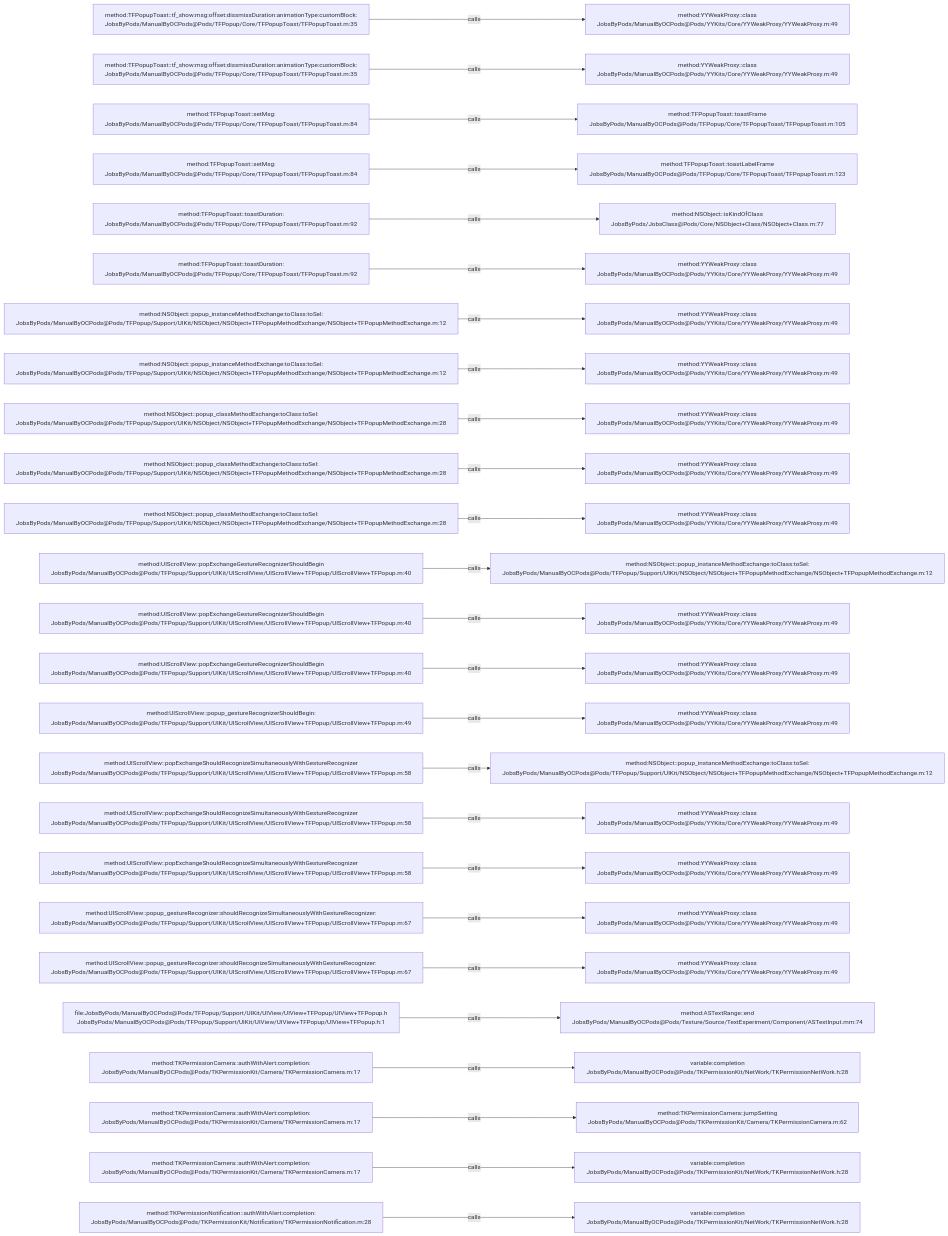
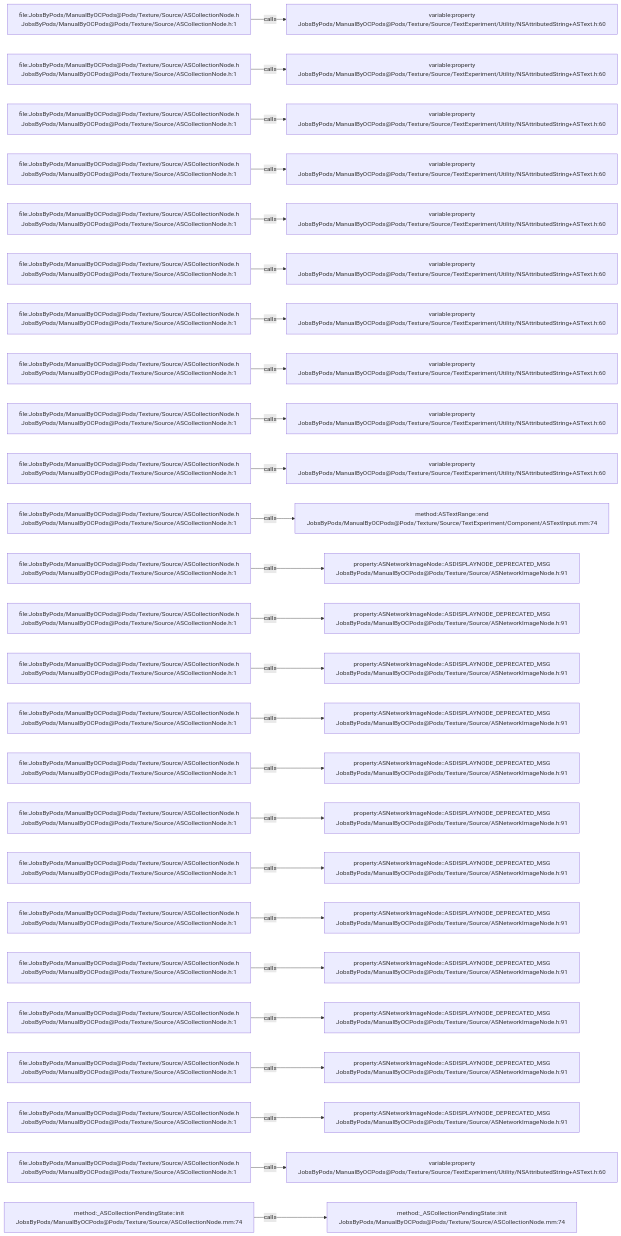
One commit to JobsKits/JobsOCBaseConfigDemo changed the diagram in .codegraph/codegraph.md/graphs/calls-077.md. Above: the diagram before and after it, drawn with Mermaid. The commit also changed 1223 other files, not shown here.

````diff
--- a/.codegraph/codegraph.md/graphs/calls-077.md
+++ b/.codegraph/codegraph.md/graphs/calls-077.md
@@ -13,78 +13,78 @@
 ```mermaid
 flowchart LR
-  S1["method:TFPopupToast::tf_show:msg:offset:dissmissDuration:animationType:customBlock:<br/>JobsByPods/ManualByOCPods@Pods/TFPopup/Core/TFPopupToast/TFPopupToast.m:35"]
-  T1["method:YYWeakProxy::class<br/>JobsByPods/ManualByOCPods@Pods/YYKits/Core/YYWeakProxy/YYWeakProxy.m:49"]
+  S1["file:JobsByPods/ManualByOCPods@Pods/Texture/Source/ASCollectionNode.h<br/>JobsByPods/ManualByOCPods@Pods/Texture/Source/ASCollectionNode.h:1"]
+  T1["variable:property<br/>JobsByPods/ManualByOCPods@Pods/Texture/Source/TextExperiment/Utility/NSAttributedString+ASText.h:60"]
   S1 -->|calls| T1
-  S2["method:TFPopupToast::tf_show:msg:offset:dissmissDuration:animationType:customBlock:<br/>JobsByPods/ManualByOCPods@Pods/TFPopup/Core/TFPopupToast/TFPopupToast.m:35"]
-  T2["method:YYWeakProxy::class<br/>JobsByPods/ManualByOCPods@Pods/YYKits/Core/YYWeakProxy/YYWeakProxy.m:49"]
+  S2["file:JobsByPods/ManualByOCPods@Pods/Texture/Source/ASCollectionNode.h<br/>JobsByPods/ManualByOCPods@Pods/Texture/Source/ASCollectionNode.h:1"]
+  T2["variable:property<br/>JobsByPods/ManualByOCPods@Pods/Texture/Source/TextExperiment/Utility/NSAttributedString+ASText.h:60"]
   S2 -->|calls| T2
-  S3["method:TFPopupToast::setMsg:<br/>JobsByPods/ManualByOCPods@Pods/TFPopup/Core/TFPopupToast/TFPopupToast.m:84"]
-  T3["method:TFPopupToast::toastFrame<br/>JobsByPods/ManualByOCPods@Pods/TFPopup/Core/TFPopupToast/TFPopupToast.m:105"]
+  S3["file:JobsByPods/ManualByOCPods@Pods/Texture/Source/ASCollectionNode.h<br/>JobsByPods/ManualByOCPods@Pods/Texture/Source/ASCollectionNode.h:1"]
+  T3["variable:property<br/>JobsByPods/ManualByOCPods@Pods/Texture/Source/TextExperiment/Utility/NSAttributedString+ASText.h:60"]
   S3 -->|calls| T3
-  S4["method:TFPopupToast::setMsg:<br/>JobsByPods/ManualByOCPods@Pods/TFPopup/Core/TFPopupToast/TFPopupToast.m:84"]
-  T4["method:TFPopupToast::toastLabelFrame<br/>JobsByPods/ManualByOCPods@Pods/TFPopup/Core/TFPopupToast/TFPopupToast.m:123"]
+  S4["file:JobsByPods/ManualByOCPods@Pods/Texture/Source/ASCollectionNode.h<br/>JobsByPods/ManualByOCPods@Pods/Texture/Source/ASCollectionNode.h:1"]
+  T4["variable:property<br/>JobsByPods/ManualByOCPods@Pods/Texture/Source/TextExperiment/Utility/NSAttributedString+ASText.h:60"]
   S4 -->|calls| T4
-  S5["method:TFPopupToast::toastDuration:<br/>JobsByPods/ManualByOCPods@Pods/TFPopup/Core/TFPopupToast/TFPopupToast.m:92"]
-  T5["method:NSObject::isKindOfClass<br/>JobsByPods/JobsClass@Pods/Core/NSObject+Class/NSObject+Class.m:77"]
+  S5["file:JobsByPods/ManualByOCPods@Pods/Texture/Source/ASCollectionNode.h<br/>JobsByPods/ManualByOCPods@Pods/Texture/Source/ASCollectionNode.h:1"]
+  T5["variable:property<br/>JobsByPods/ManualByOCPods@Pods/Texture/Source/TextExperiment/Utility/NSAttributedString+ASText.h:60"]
   S5 -->|calls| T5
-  S6["method:TFPopupToast::toastDuration:<br/>JobsByPods/ManualByOCPods@Pods/TFPopup/Core/TFPopupToast/TFPopupToast.m:92"]
-  T6["method:YYWeakProxy::class<br/>JobsByPods/ManualByOCPods@Pods/YYKits/Core/YYWeakProxy/YYWeakProxy.m:49"]
+  S6["file:JobsByPods/ManualByOCPods@Pods/Texture/Source/ASCollectionNode.h<br/>JobsByPods/ManualByOCPods@Pods/Texture/Source/ASCollectionNode.h:1"]
+  T6["variable:property<br/>JobsByPods/ManualByOCPods@Pods/Texture/Source/TextExperiment/Utility/NSAttributedString+ASText.h:60"]
   S6 -->|calls| T6
-  S7["method:NSObject::popup_instanceMethodExchange:toClass:toSel:<br/>JobsByPods/ManualByOCPods@Pods/TFPopup/Support/UIKit/NSObject/NSObject+TFPopupMethodExchange/NSObject+TFPopupMethodExchange.m:12"]
-  T7["method:YYWeakProxy::class<br/>JobsByPods/ManualByOCPods@Pods/YYKits/Core/YYWeakProxy/YYWeakProxy.m:49"]
+  S7["file:JobsByPods/ManualByOCPods@Pods/Texture/Source/ASCollectionNode.h<br/>JobsByPods/ManualByOCPods@Pods/Texture/Source/ASCollectionNode.h:1"]
+  T7["variable:property<br/>JobsByPods/ManualByOCPods@Pods/Texture/Source/TextExperiment/Utility/NSAttributedString+ASText.h:60"]
   S7 -->|calls| T7
-  S8["method:NSObject::popup_instanceMethodExchange:toClass:toSel:<br/>JobsByPods/ManualByOCPods@Pods/TFPopup/Support/UIKit/NSObject/NSObject+TFPopupMethodExchange/NSObject+TFPopupMethodExchange.m:12"]
-  T8["method:YYWeakProxy::class<br/>JobsByPods/ManualByOCPods@Pods/YYKits/Core/YYWeakProxy/YYWeakProxy.m:49"]
+  S8["file:JobsByPods/ManualByOCPods@Pods/Texture/Source/ASCollectionNode.h<br/>JobsByPods/ManualByOCPods@Pods/Texture/Source/ASCollectionNode.h:1"]
+  T8["variable:property<br/>JobsByPods/ManualByOCPods@Pods/Texture/Source/TextExperiment/Utility/NSAttributedString+ASText.h:60"]
   S8 -->|calls| T8
-  S9["method:NSObject::popup_classMethodExchange:toClass:toSel:<br/>JobsByPods/ManualByOCPods@Pods/TFPopup/Support/UIKit/NSObject/NSObject+TFPopupMethodExchange/NSObject+TFPopupMethodExchange.m:28"]
-  T9["method:YYWeakProxy::class<br/>JobsByPods/ManualByOCPods@Pods/YYKits/Core/YYWeakProxy/YYWeakProxy.m:49"]
+  S9["file:JobsByPods/ManualByOCPods@Pods/Texture/Source/ASCollectionNode.h<br/>JobsByPods/ManualByOCPods@Pods/Texture/Source/ASCollectionNode.h:1"]
+  T9["variable:property<br/>JobsByPods/ManualByOCPods@Pods/Texture/Source/TextExperiment/Utility/NSAttributedString+ASText.h:60"]
   S9 -->|calls| T9
-  S10["method:NSObject::popup_classMethodExchange:toClass:toSel:<br/>JobsByPods/ManualByOCPods@Pods/TFPopup/Support/UIKit/NSObject/NSObject+TFPopupMethodExchange/NSObject+TFPopupMethodExchange.m:28"]
-  T10["method:YYWeakProxy::class<br/>JobsByPods/ManualByOCPods@Pods/YYKits/Core/YYWeakProxy/YYWeakProxy.m:49"]
+  S10["file:JobsByPods/ManualByOCPods@Pods/Texture/Source/ASCollectionNode.h<br/>JobsByPods/ManualByOCPods@Pods/Texture/Source/ASCollectionNode.h:1"]
+  T10["variable:property<br/>JobsByPods/ManualByOCPods@Pods/Texture/Source/TextExperiment/Utility/NSAttributedString+ASText.h:60"]
   S10 -->|calls| T10
-  S11["method:NSObject::popup_classMethodExchange:toClass:toSel:<br/>JobsByPods/ManualByOCPods@Pods/TFPopup/Support/UIKit/NSObject/NSObject+TFPopupMethodExchange/NSObject+TFPopupMethodExchange.m:28"]
-  T11["method:YYWeakProxy::class<br/>JobsByPods/ManualByOCPods@Pods/YYKits/Core/YYWeakProxy/YYWeakProxy.m:49"]
+  S11["file:JobsByPods/ManualByOCPods@Pods/Texture/Source/ASCollectionNode.h<br/>JobsByPods/ManualByOCPods@Pods/Texture/Source/ASCollectionNode.h:1"]
+  T11["method:ASTextRange::end<br/>JobsByPods/ManualByOCPods@Pods/Texture/Source/TextExperiment/Component/ASTextInput.mm:74"]
   S11 -->|calls| T11
-  S12["method:UIScrollView::popExchangeGestureRecognizerShouldBegin<br/>JobsByPods/ManualByOCPods@Pods/TFPopup/Support/UIKit/UIScrollView/UIScrollView+TFPopup/UIScrollView+TFPopup.m:40"]
-  T12["method:NSObject::popup_instanceMethodExchange:toClass:toSel:<br/>JobsByPods/ManualByOCPods@Pods/TFPopup/Support/UIKit/NSObject/NSObject+TFPopupMethodExchange/NSObject+TFPopupMethodExchange.m:12"]
+  S12["file:JobsByPods/ManualByOCPods@Pods/Texture/Source/ASCollectionNode.h<br/>JobsByPods/ManualByOCPods@Pods/Texture/Source/ASCollectionNode.h:1"]
+  T12["property:ASNetworkImageNode::ASDISPLAYNODE_DEPRECATED_MSG<br/>JobsByPods/ManualByOCPods@Pods/Texture/Source/ASNetworkImageNode.h:91"]
   S12 -->|calls| T12
-  S13["method:UIScrollView::popExchangeGestureRecognizerShouldBegin<br/>JobsByPods/ManualByOCPods@Pods/TFPopup/Support/UIKit/UIScrollView/UIScrollView+TFPopup/UIScrollView+TFPopup.m:40"]
-  T13["method:YYWeakProxy::class<br/>JobsByPods/ManualByOCPods@Pods/YYKits/Core/YYWeakProxy/YYWeakProxy.m:49"]
+  S13["file:JobsByPods/ManualByOCPods@Pods/Texture/Source/ASCollectionNode.h<br/>JobsByPods/ManualByOCPods@Pods/Texture/Source/ASCollectionNode.h:1"]
+  T13["property:ASNetworkImageNode::ASDISPLAYNODE_DEPRECATED_MSG<br/>JobsByPods/ManualByOCPods@Pods/Texture/Source/ASNetworkImageNode.h:91"]
   S13 -->|calls| T13
-  S14["method:UIScrollView::popExchangeGestureRecognizerShouldBegin<br/>JobsByPods/ManualByOCPods@Pods/TFPopup/Support/UIKit/UIScrollView/UIScrollView+TFPopup/UIScrollView+TFPopup.m:40"]
-  T14["method:YYWeakProxy::class<br/>JobsByPods/ManualByOCPods@Pods/YYKits/Core/YYWeakProxy/YYWeakProxy.m:49"]
+  S14["file:JobsByPods/ManualByOCPods@Pods/Texture/Source/ASCollectionNode.h<br/>JobsByPods/ManualByOCPods@Pods/Texture/Source/ASCollectionNode.h:1"]
+  T14["property:ASNetworkImageNode::ASDISPLAYNODE_DEPRECATED_MSG<br/>JobsByPods/ManualByOCPods@Pods/Texture/Source/ASNetworkImageNode.h:91"]
   S14 -->|calls| T14
-  S15["method:UIScrollView::popup_gestureRecognizerShouldBegin:<br/>JobsByPods/ManualByOCPods@Pods/TFPopup/Support/UIKit/UIScrollView/UIScrollView+TFPopup/UIScrollView+TFPopup.m:49"]
-  T15["method:YYWeakProxy::class<br/>JobsByPods/ManualByOCPods@Pods/YYKits/Core/YYWeakProxy/YYWeakProxy.m:49"]
+  S15["file:JobsByPods/ManualByOCPods@Pods/Texture/Source/ASCollectionNode.h<br/>JobsByPods/ManualByOCPods@Pods/Texture/Source/ASCollectionNode.h:1"]
+  T15["property:ASNetworkImageNode::ASDISPLAYNODE_DEPRECATED_MSG<br/>JobsByPods/ManualByOCPods@Pods/Texture/Source/ASNetworkImageNode.h:91"]
   S15 -->|calls| T15
-  S16["method:UIScrollView::popExchangeShouldRecognizeSimultaneouslyWithGestureRecognizer<br/>JobsByPods/ManualByOCPods@Pods/TFPopup/Support/UIKit/UIScrollView/UIScrollView+TFPopup/UIScrollView+TFPopup.m:58"]
-  T16["method:NSObject::popup_instanceMethodExchange:toClass:toSel:<br/>JobsByPods/ManualByOCPods@Pods/TFPopup/Support/UIKit/NSObject/NSObject+TFPopupMethodExchange/NSObject+TFPopupMethodExchange.m:12"]
+  S16["file:JobsByPods/ManualByOCPods@Pods/Texture/Source/ASCollectionNode.h<br/>JobsByPods/ManualByOCPods@Pods/Texture/Source/ASCollectionNode.h:1"]
+  T16["property:ASNetworkImageNode::ASDISPLAYNODE_DEPRECATED_MSG<br/>JobsByPods/ManualByOCPods@Pods/Texture/Source/ASNetworkImageNode.h:91"]
   S16 -->|calls| T16
-  S17["method:UIScrollView::popExchangeShouldRecognizeSimultaneouslyWithGestureRecognizer<br/>JobsByPods/ManualByOCPods@Pods/TFPopup/Support/UIKit/UIScrollView/UIScrollView+TFPopup/UIScrollView+TFPopup.m:58"]
-  T17["method:YYWeakProxy::class<br/>JobsByPods/ManualByOCPods@Pods/YYKits/Core/YYWeakProxy/YYWeakProxy.m:49"]
+  S17["file:JobsByPods/ManualByOCPods@Pods/Texture/Source/ASCollectionNode.h<br/>JobsByPods/ManualByOCPods@Pods/Texture/Source/ASCollectionNode.h:1"]
+  T17["property:ASNetworkImageNode::ASDISPLAYNODE_DEPRECATED_MSG<br/>JobsByPods/ManualByOCPods@Pods/Texture/Source/ASNetworkImageNode.h:91"]
   S17 -->|calls| T17
-  S18["method:UIScrollView::popExchangeShouldRecognizeSimultaneouslyWithGestureRecognizer<br/>JobsByPods/ManualByOCPods@Pods/TFPopup/Support/UIKit/UIScrollView/UIScrollView+TFPopup/UIScrollView+TFPopup.m:58"]
-  T18["method:YYWeakProxy::class<br/>JobsByPods/ManualByOCPods@Pods/YYKits/Core/YYWeakProxy/YYWeakProxy.m:49"]
+  S18["file:JobsByPods/ManualByOCPods@Pods/Texture/Source/ASCollectionNode.h<br/>JobsByPods/ManualByOCPods@Pods/Texture/Source/ASCollectionNode.h:1"]
+  T18["property:ASNetworkImageNode::ASDISPLAYNODE_DEPRECATED_MSG<br/>JobsByPods/ManualByOCPods@Pods/Texture/Source/ASNetworkImageNode.h:91"]
   S18 -->|calls| T18
-  S19["method:UIScrollView::popup_gestureRecognizer:shouldRecognizeSimultaneouslyWithGestureRecognizer:<br/>JobsByPods/ManualByOCPods@Pods/TFPopup/Support/UIKit/UIScrollView/UIScrollView+TFPopup/UIScrollView+TFPopup.m:67"]
-  T19["method:YYWeakProxy::class<br/>JobsByPods/ManualByOCPods@Pods/YYKits/Core/YYWeakProxy/YYWeakProxy.m:49"]
+  S19["file:JobsByPods/ManualByOCPods@Pods/Texture/Source/ASCollectionNode.h<br/>JobsByPods/ManualByOCPods@Pods/Texture/Source/ASCollectionNode.h:1"]
+  T19["property:ASNetworkImageNode::ASDISPLAYNODE_DEPRECATED_MSG<br/>JobsByPods/ManualByOCPods@Pods/Texture/Source/ASNetworkImageNode.h:91"]
   S19 -->|calls| T19
-  S20["method:UIScrollView::popup_gestureRecognizer:shouldRecognizeSimultaneouslyWithGestureRecognizer:<br/>JobsByPods/ManualByOCPods@Pods/TFPopup/Support/UIKit/UIScrollView/UIScrollView+TFPopup/UIScrollView+TFPopup.m:67"]
-  T20["method:YYWeakProxy::class<br/>JobsByPods/ManualByOCPods@Pods/YYKits/Core/YYWeakProxy/YYWeakProxy.m:49"]
+  S20["file:JobsByPods/ManualByOCPods@Pods/Texture/Source/ASCollectionNode.h<br/>JobsByPods/ManualByOCPods@Pods/Texture/Source/ASCollectionNode.h:1"]
+  T20["property:ASNetworkImageNode::ASDISPLAYNODE_DEPRECATED_MSG<br/>JobsByPods/ManualByOCPods@Pods/Texture/Source/ASNetworkImageNode.h:91"]
   S20 -->|calls| T20
-  S21["file:JobsByPods/ManualByOCPods@Pods/TFPopup/Support/UIKit/UIView/UIView+TFPopup/UIView+TFPopup.h<br/>JobsByPods/ManualByOCPods@Pods/TFPopup/Support/UIKit/UIView/UIView+TFPopup/UIView+TFPopup.h:1"]
-  T21["method:ASTextRange::end<br/>JobsByPods/ManualByOCPods@Pods/Texture/Source/TextExperiment/Component/ASTextInput.mm:74"]
+  S21["file:JobsByPods/ManualByOCPods@Pods/Texture/Source/ASCollectionNode.h<br/>JobsByPods/ManualByOCPods@Pods/Texture/Source/ASCollectionNode.h:1"]
+  T21["property:ASNetworkImageNode::ASDISPLAYNODE_DEPRECATED_MSG<br/>JobsByPods/ManualByOCPods@Pods/Texture/Source/ASNetworkImageNode.h:91"]
   S21 -->|calls| T21
-  S22["method:TKPermissionCamera::authWithAlert:completion:<br/>JobsByPods/ManualByOCPods@Pods/TKPermissionKit/Camera/TKPermissionCamera.m:17"]
-  T22["variable:completion<br/>JobsByPods/ManualByOCPods@Pods/TKPermissionKit/NetWork/TKPermissionNetWork.h:28"]
+  S22["file:JobsByPods/ManualByOCPods@Pods/Texture/Source/ASCollectionNode.h<br/>JobsByPods/ManualByOCPods@Pods/Texture/Source/ASCollectionNode.h:1"]
+  T22["property:ASNetworkImageNode::ASDISPLAYNODE_DEPRECATED_MSG<br/>JobsByPods/ManualByOCPods@Pods/Texture/Source/ASNetworkImageNode.h:91"]
   S22 -->|calls| T22
-  S23["method:TKPermissionCamera::authWithAlert:completion:<br/>JobsByPods/ManualByOCPods@Pods/TKPermissionKit/Camera/TKPermissionCamera.m:17"]
-  T23["method:TKPermissionCamera::jumpSetting<br/>JobsByPods/ManualByOCPods@Pods/TKPermissionKit/Camera/TKPermissionCamera.m:62"]
+  S23["file:JobsByPods/ManualByOCPods@Pods/Texture/Source/ASCollectionNode.h<br/>JobsByPods/ManualByOCPods@Pods/Texture/Source/ASCollectionNode.h:1"]
+  T23["property:ASNetworkImageNode::ASDISPLAYNODE_DEPRECATED_MSG<br/>JobsByPods/ManualByOCPods@Pods/Texture/Source/ASNetworkImageNode.h:91"]
   S23 -->|calls| T23
-  S24["method:TKPermissionCamera::authWithAlert:completion:<br/>JobsByPods/ManualByOCPods@Pods/TKPermissionKit/Camera/TKPermissionCamera.m:17"]
-  T24["variable:completion<br/>JobsByPods/ManualByOCPods@Pods/TKPermissionKit/NetWork/TKPermissionNetWork.h:28"]
+  S24["file:JobsByPods/ManualByOCPods@Pods/Texture/Source/ASCollectionNode.h<br/>JobsByPods/ManualByOCPods@Pods/Texture/Source/ASCollectionNode.h:1"]
+  T24["variable:property<br/>JobsByPods/ManualByOCPods@Pods/Texture/Source/TextExperiment/Utility/NSAttributedString+ASText.h:60"]
   S24 -->|calls| T24
-  S25["method:TKPermissionNotification::authWithAlert:completion:<br/>JobsByPods/ManualByOCPods@Pods/TKPermissionKit/Notification/TKPermissionNotification.m:28"]
-  T25["variable:completion<br/>JobsByPods/ManualByOCPods@Pods/TKPermissionKit/NetWork/TKPermissionNetWork.h:28"]
+  S25["method:_ASCollectionPendingState::init<br/>JobsByPods/ManualByOCPods@Pods/Texture/Source/ASCollectionNode.mm:74"]
+  T25["method:_ASCollectionPendingState::init<br/>JobsByPods/ManualByOCPods@Pods/Texture/Source/ASCollectionNode.mm:74"]
   S25 -->|calls| T25
 ```
````
